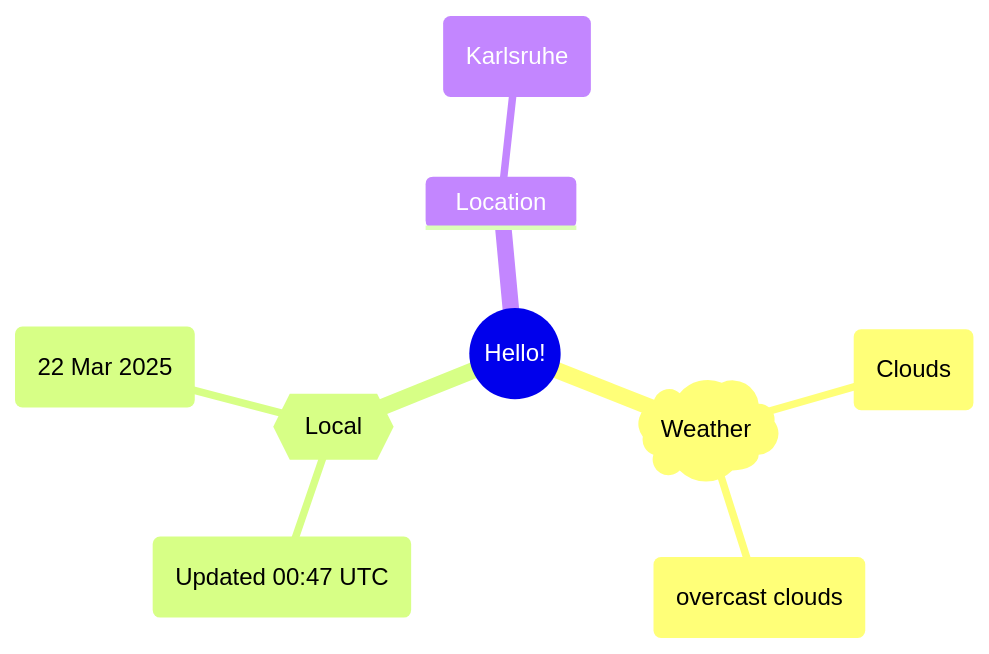
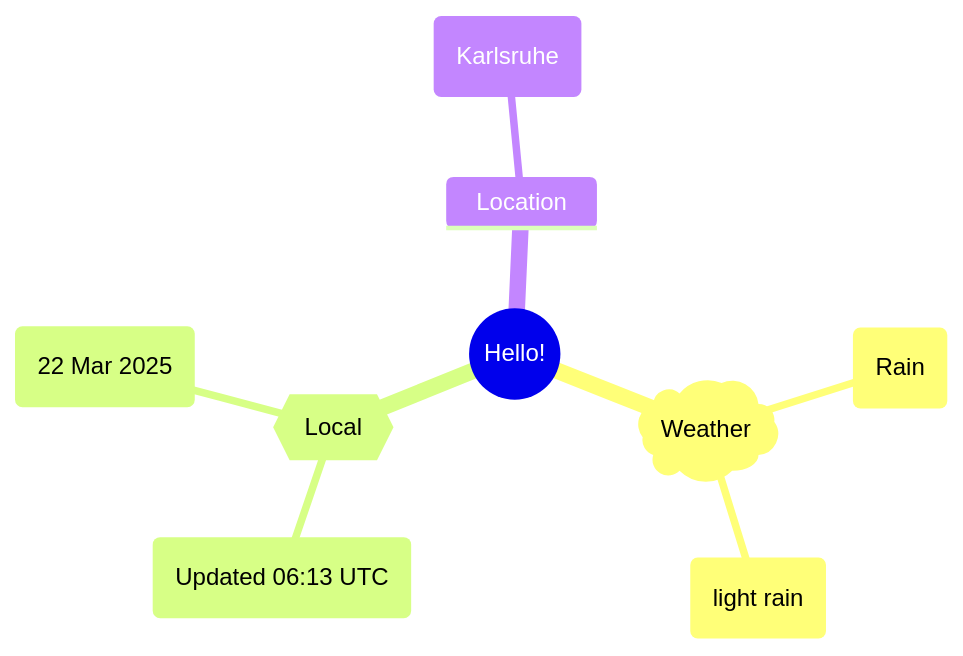
One commit to Xosrov/Xosrov changed the first of 2 diagrams in README.md. Above: the diagram before and after it, drawn with Mermaid.

Commit message:
[bot] updated images

````diff
--- a/README.md
+++ b/README.md
@@ -3,12 +3,12 @@
 ```mermaid
 mindmap
   root((Hello!))
     )Weather(
-        (Clouds)
-        (overcast clouds)
+        (Rain)
+        (light rain)
     {{Local}}
-        (Updated 00:47 UTC)
+        (Updated 06:13 UTC)
         (22 Mar 2025)
     Location
         (Karlsruhe)
 ```
````
